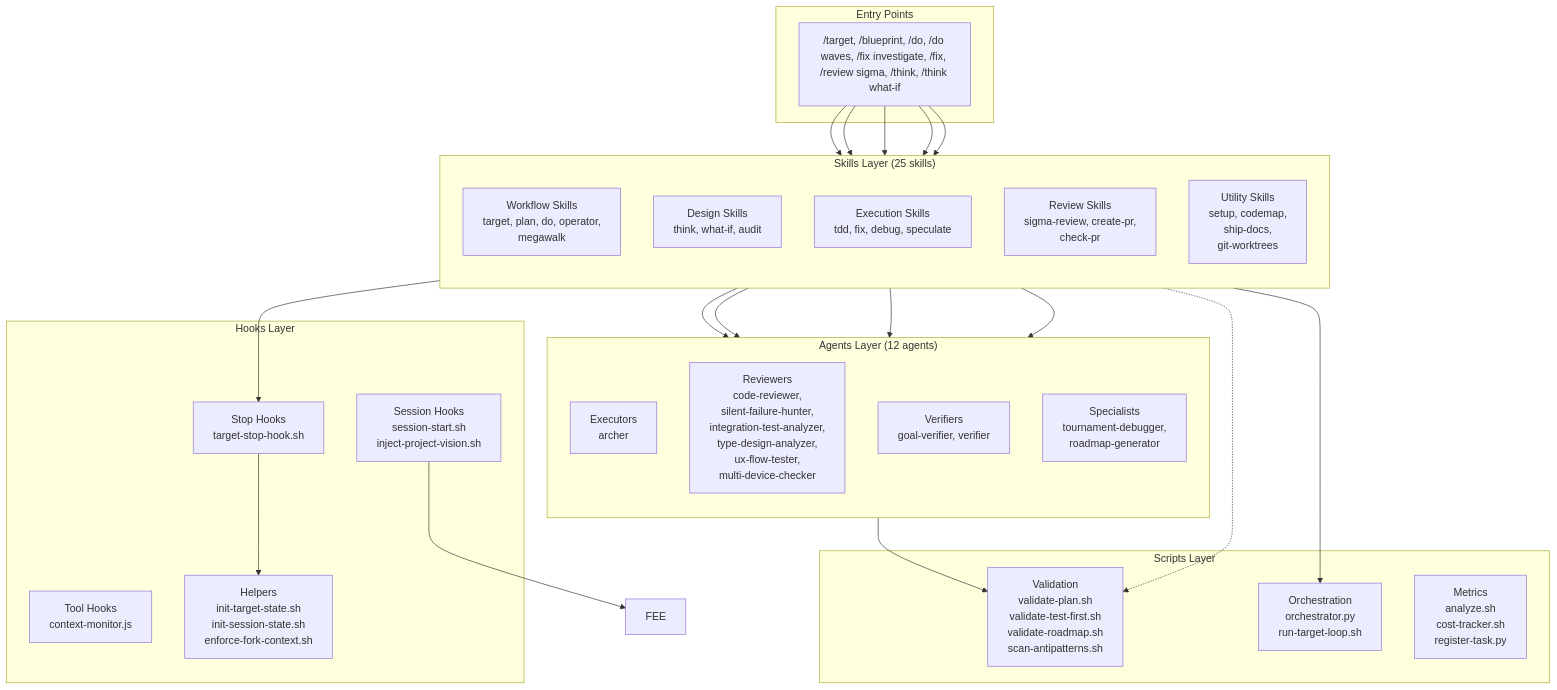
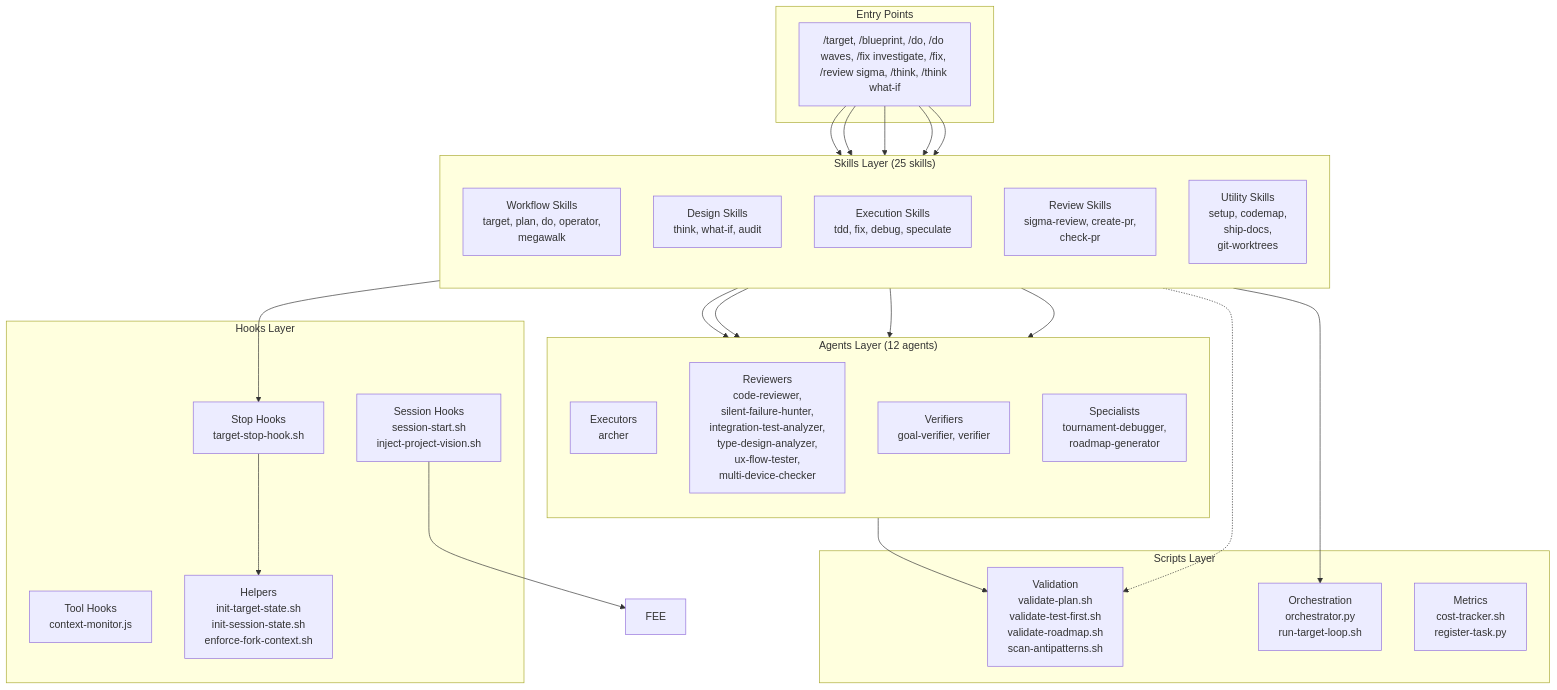
One commit to bllshttng/footnote changed the first of 6 diagrams in docs/system-architecture.md. Above: the diagram before and after it, drawn with Mermaid. The commit also changed 8 other files, not shown here.

First line of the commit message:
feat(x-ab9f): delete tasks.json/md migration shim and analyze.sh (Group 3, task 2)

````diff
--- a/docs/system-architecture.md
+++ b/docs/system-architecture.md
@@ -42,55 +42,55 @@
 ```mermaid
 graph TB
     subgraph "Entry Points"
         CMD["/target, /blueprint, /do, /do waves, /fix investigate, /fix, /review sigma, /think, /think what-if"]
     end
 
     subgraph "Skills Layer (25 skills)"
         direction TB
         WF["Workflow Skills<br/>target, plan, do, operator,<br/>megawalk"]
         DS["Design Skills<br/>think, what-if, audit"]
         EX["Execution Skills<br/>tdd, fix, debug, speculate"]
         RV["Review Skills<br/>sigma-review, create-pr,<br/>check-pr"]
         UT["Utility Skills<br/>setup, codemap,<br/>ship-docs,<br/>git-worktrees"]
     end
 
     subgraph "Agents Layer (12 agents)"
         direction TB
         EXEC["Executors<br/>archer"]
         REV["Reviewers<br/>code-reviewer,<br/>silent-failure-hunter,<br/>integration-test-analyzer,<br/>type-design-analyzer,<br/>ux-flow-tester,<br/>multi-device-checker"]
         VER["Verifiers<br/>goal-verifier, verifier"]
         SPEC["Specialists<br/>tournament-debugger,<br/>roadmap-generator"]
     end
 
     subgraph "Hooks Layer"
         STOP["Stop Hooks<br/>target-stop-hook.sh"]
         SESS["Session Hooks<br/>session-start.sh<br/>inject-project-vision.sh"]
         TOOL["Tool Hooks<br/>context-monitor.js"]
         HELP["Helpers<br/>init-target-state.sh<br/>init-session-state.sh<br/>enforce-fork-context.sh"]
     end
 
     subgraph "Scripts Layer"
         VAL["Validation<br/>validate-plan.sh<br/>validate-test-first.sh<br/>validate-roadmap.sh<br/>scan-antipatterns.sh"]
         ORC["Orchestration<br/>orchestrator.py<br/>run-target-loop.sh"]
-        MET["Metrics<br/>analyze.sh<br/>cost-tracker.sh<br/>register-task.py"]
+        MET["Metrics<br/>cost-tracker.sh<br/>register-task.py"]
     end
 
     CMD --> WF
     CMD --> DS
     CMD --> EX
     CMD --> RV
     CMD --> UT
 
     WF --> EXEC
     WF --> VER
     RV --> REV
     EX --> EXEC
     DS -.-> VAL
 
     WF --> ORC
     WF --> STOP
     SESS --> FEE
     STOP --> HELP
 
     EXEC --> VAL
 ```
````
